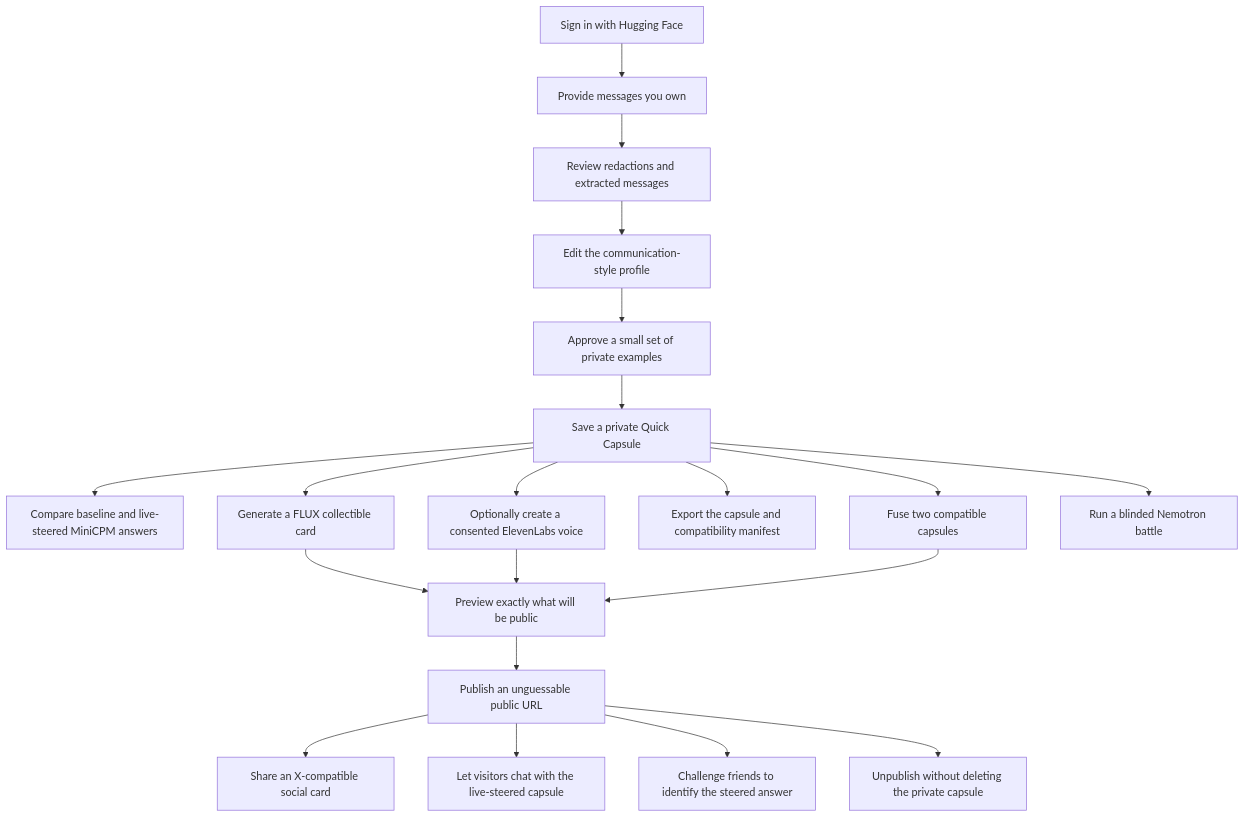
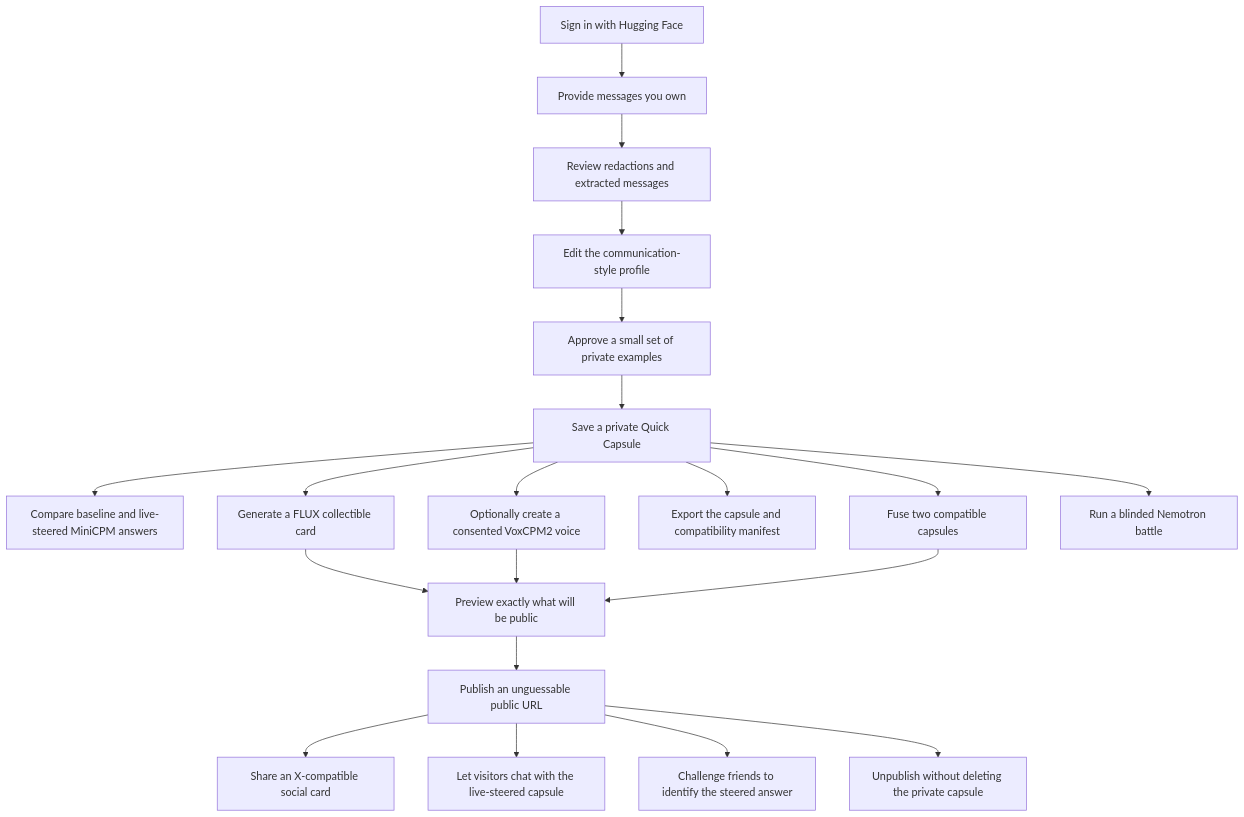
One commit to perfect7613/persona-capsule changed the first of 3 diagrams in README.md. Above: the diagram before and after it, drawn with Mermaid. The commit also changed other lines of this file and 25 other files, not shown here.

Commit message:
Replace ElevenLabs with sponsor-native VoxCPM2

````diff
--- a/README.md
+++ b/README.md
@@ -102,22 +103,22 @@
 ```mermaid
 flowchart TD
     A["Sign in with Hugging Face"] --> B["Provide messages you own"]
     B --> C["Review redactions and extracted messages"]
     C --> D["Edit the communication-style profile"]
     D --> E["Approve a small set of private examples"]
     E --> F["Save a private Quick Capsule"]
     F --> G["Compare baseline and live-steered MiniCPM answers"]
     F --> H["Generate a FLUX collectible card"]
-    F --> I["Optionally create a consented ElevenLabs voice"]
+    F --> I["Optionally create a consented VoxCPM2 voice"]
     F --> J["Export the capsule and compatibility manifest"]
     F --> O["Fuse two compatible capsules"]
     F --> P["Run a blinded Nemotron battle"]
     H --> K["Preview exactly what will be public"]
     I --> K
     O --> K
     K --> L["Publish an unguessable public URL"]
     L --> M["Share an X-compatible social card"]
     L --> R["Let visitors chat with the live-steered capsule"]
     L --> S["Challenge friends to identify the steered answer"]
     L --> N["Unpublish without deleting the private capsule"]
 ```
````
